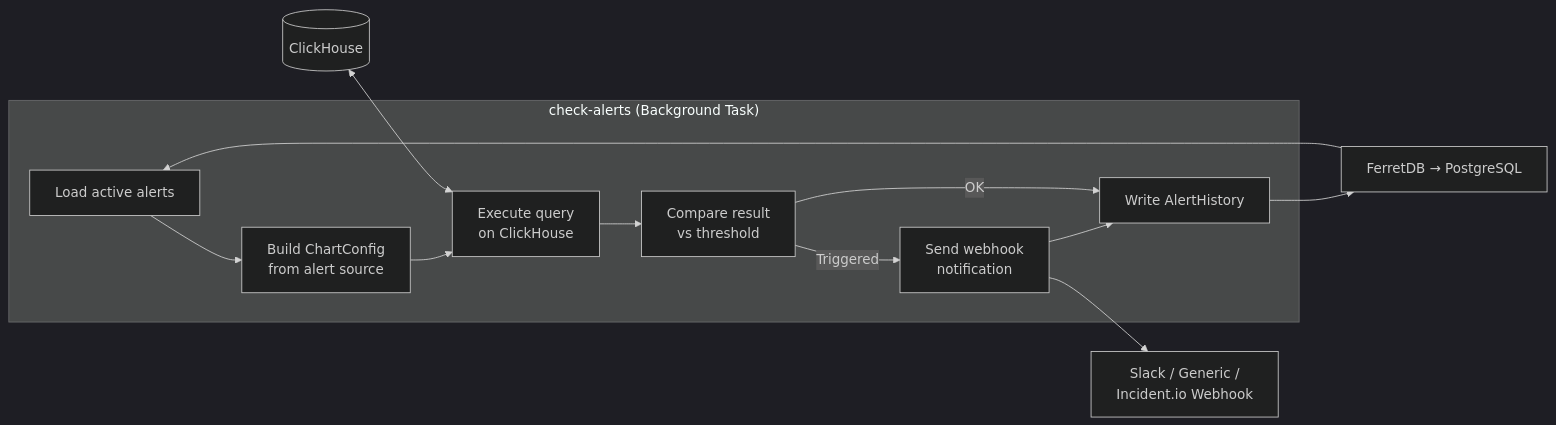
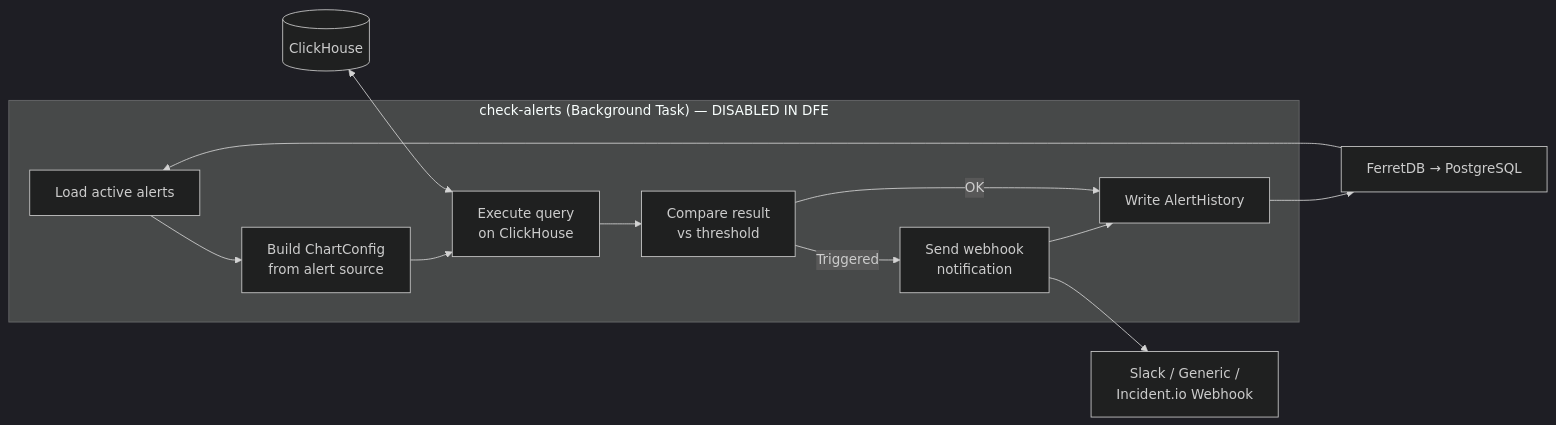
One commit to hyperi-io/hyperdx changed the seventh of 22 diagrams in DFE-ARCHITECTURE.md. Above: the diagram before and after it, drawn with Mermaid (dark theme). The commit also changed other lines of this file, not shown here.

First line of the commit message:
docs: reframe as DFE-embedded HyperDX, add alerting and feasibility sections

````diff
--- a/DFE-ARCHITECTURE.md
+++ b/DFE-ARCHITECTURE.md
@@ -326,20 +357,20 @@
 ```mermaid
 flowchart LR
-    subgraph "check-alerts (Background Task)"
+    subgraph "check-alerts (Background Task) — DISABLED IN DFE"
         LOAD["Load active alerts"]
         BUILD["Build ChartConfig<br/>from alert source"]
         QUERY["Execute query<br/>on ClickHouse"]
         EVAL["Compare result<br/>vs threshold"]
         FIRE["Send webhook<br/>notification"]
         HIST["Write AlertHistory"]
     end
 
     DB["FerretDB → PostgreSQL"] --> LOAD
     LOAD --> BUILD --> QUERY
     CH[("ClickHouse")] <--> QUERY
     QUERY --> EVAL
     EVAL -->|"Triggered"| FIRE --> HIST
     EVAL -->|"OK"| HIST
     FIRE --> WH["Slack / Generic /<br/>Incident.io Webhook"]
     HIST --> DB
 ```
````
